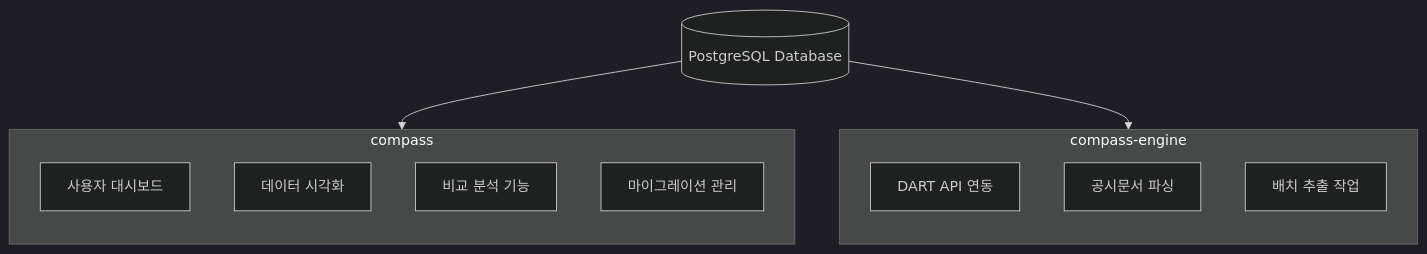
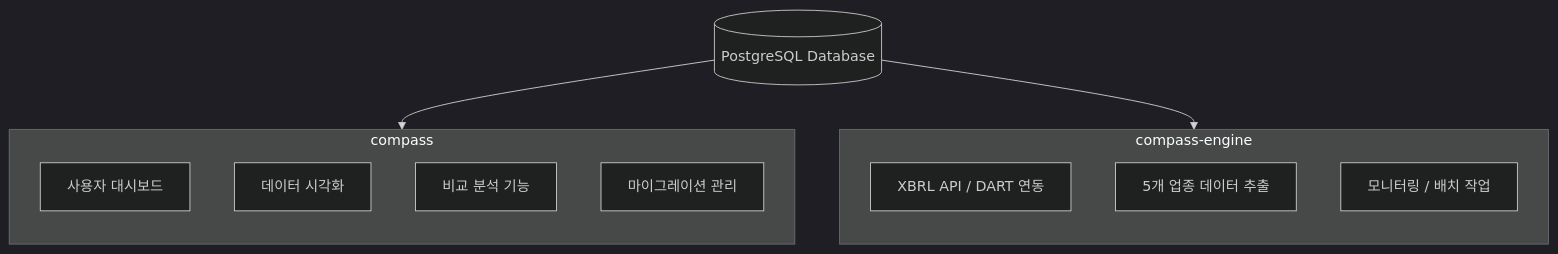
One commit to fntimes/docs changed the first of 8 diagrams in compass/database-schema.md. Above: the diagram before and after it, drawn with Mermaid (dark theme). The commit also changed other lines of this file and 2 other files, not shown here.

First line of the commit message:
docs: 3종 문서 현행화 (5개 업종 아키텍처, XBRL API-first 반영)

````diff
--- a/compass/database-schema.md
+++ b/compass/database-schema.md
@@ -35,19 +35,19 @@
 ```mermaid
 flowchart TB
     DB[(PostgreSQL Database)]
     subgraph compass[compass]
         direction TB
         c1[사용자 대시보드]
         c2[데이터 시각화]
         c3[비교 분석 기능]
         c4[마이그레이션 관리]
     end
     subgraph extractor[compass-engine]
         direction TB
-        e1[DART API 연동]
-        e2[공시문서 파싱]
-        e3[배치 추출 작업]
+        e1[XBRL API / DART 연동]
+        e2[5개 업종 데이터 추출]
+        e3[모니터링 / 배치 작업]
     end
     DB --> compass
     DB --> extractor
 ```
````
